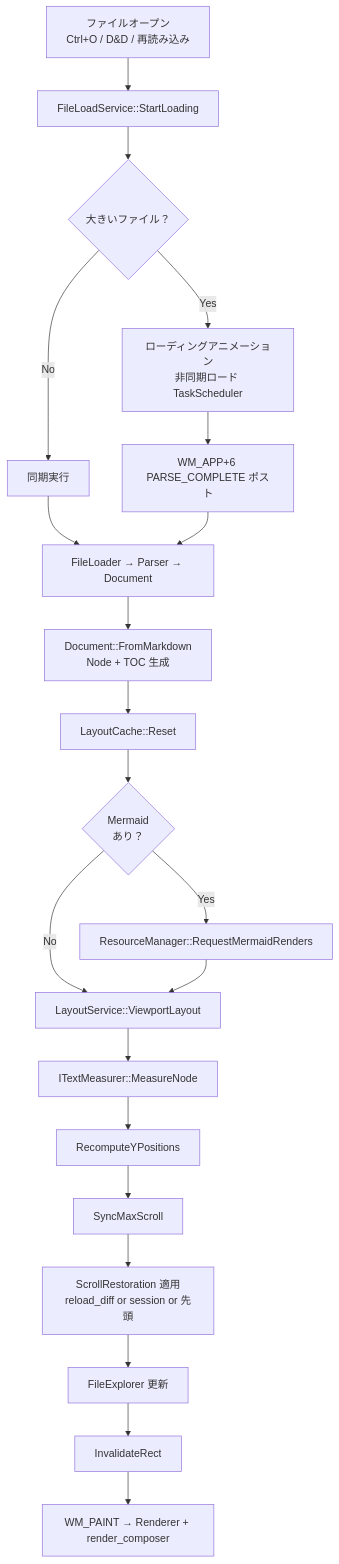
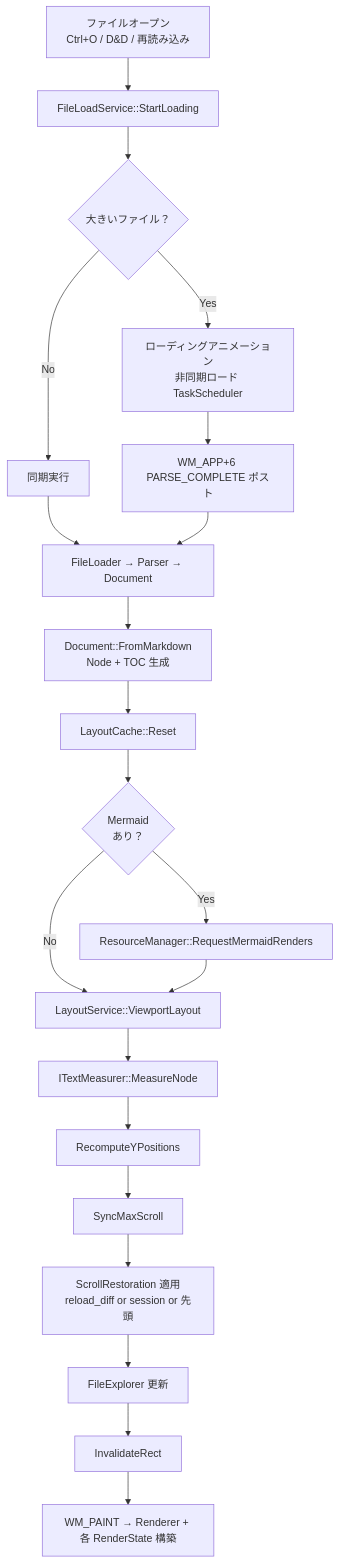
Before and after one commit to tanaton/mendo: diagram 18 of 27 in example/test.md, drawn with Mermaid. The commit also changed other lines of this file, not shown here.

````diff
--- a/example/test.md
+++ b/example/test.md
@@ -2871,24 +2830,24 @@
 ```mermaid
 flowchart TD
     TRIGGER[ファイルオープン<br>Ctrl+O / D&D / 再読み込み] --> FLS[FileLoadService::StartLoading]
     FLS --> ANIM{大きいファイル？}
     ANIM -->|Yes| LANIM[ローディングアニメーション<br>非同期ロード TaskScheduler]
     ANIM -->|No| SYNC[同期実行]
     LANIM --> POST[WM_APP+6 PARSE_COMPLETE ポスト]
     SYNC --> EXEC[FileLoader → Parser → Document]
     POST --> EXEC
 
     EXEC --> DOC[Document::FromMarkdown<br>Node + TOC 生成]
     DOC --> LC[LayoutCache::Reset]
     LC --> MCHK{Mermaid<br>あり？}
     MCHK -->|Yes| MREQ[ResourceManager::RequestMermaidRenders]
     MCHK -->|No| LAYOUT
     MREQ --> LAYOUT[LayoutService::ViewportLayout]
     LAYOUT --> TXTL[ITextMeasurer::MeasureNode]
     TXTL --> YPOS[RecomputeYPositions]
     YPOS --> SYNCMS[SyncMaxScroll]
     SYNCMS --> RESTORE[ScrollRestoration 適用<br>reload_diff or session or 先頭]
     RESTORE --> FE[FileExplorer 更新]
     FE --> INVAL[InvalidateRect]
-    INVAL --> PAINT[WM_PAINT → Renderer + render_composer]
+    INVAL --> PAINT[WM_PAINT → Renderer + 各 RenderState 構築]
 ```
````
